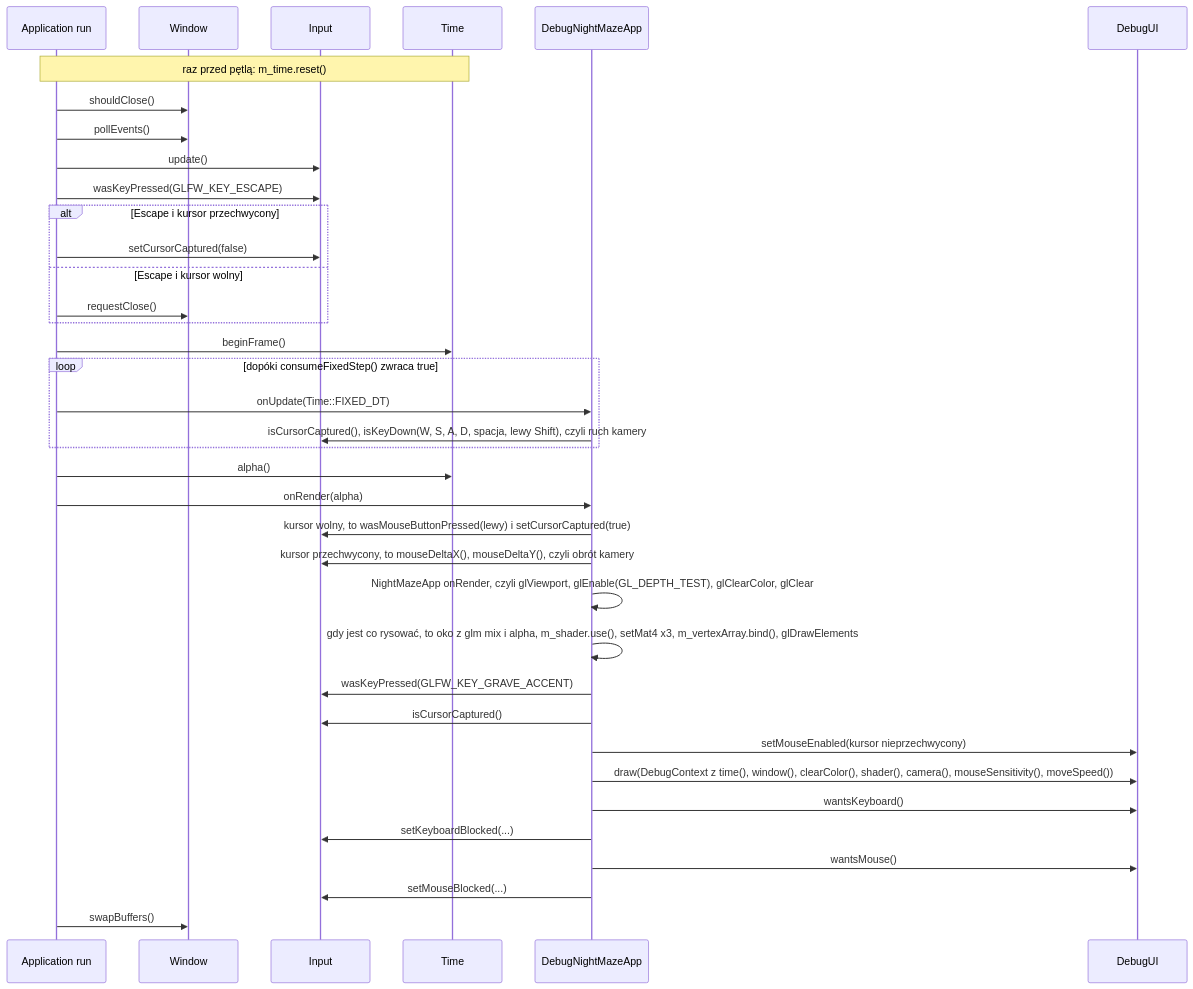
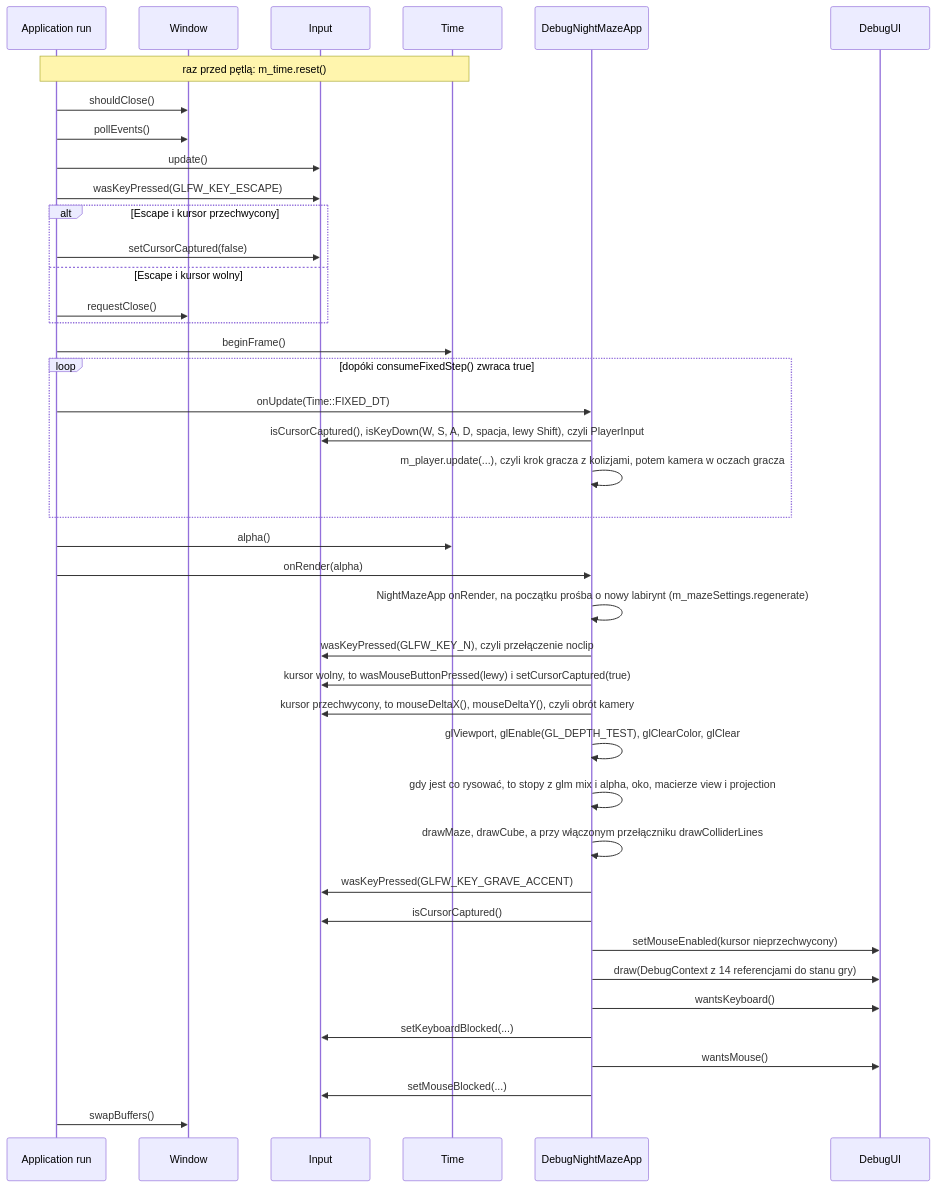
The second of 3 diagrams in docs/modules/core/README.md (Shironex/night-maze), drawn with Mermaid before and after one commit. The commit also changed other lines of this file and 41 other files, not shown here.

First line of the commit message:
feat(game): draw the textured maze and walk through it

````diff
--- a/docs/modules/core/README.md
+++ b/docs/modules/core/README.md
@@ -77,39 +83,43 @@
 ```mermaid
 sequenceDiagram
     participant Run as Application run
     participant Win as Window
     participant In as Input
     participant T as Time
     participant App as DebugNightMazeApp
     participant UI as DebugUI
     Note over Run,T: raz przed pętlą: m_time.reset()
     Run->>Win: shouldClose()
     Run->>Win: pollEvents()
     Run->>In: update()
     Run->>In: wasKeyPressed(GLFW_KEY_ESCAPE)
     alt Escape i kursor przechwycony
         Run->>In: setCursorCaptured(false)
     else Escape i kursor wolny
         Run->>Win: requestClose()
     end
     Run->>T: beginFrame()
     loop dopóki consumeFixedStep() zwraca true
         Run->>App: onUpdate(Time::FIXED_DT)
-        App->>In: isCursorCaptured(), isKeyDown(W, S, A, D, spacja, lewy Shift), czyli ruch kamery
+        App->>In: isCursorCaptured(), isKeyDown(W, S, A, D, spacja, lewy Shift), czyli PlayerInput
+        App->>App: m_player.update(...), czyli krok gracza z kolizjami, potem kamera w oczach gracza
     end
     Run->>T: alpha()
     Run->>App: onRender(alpha)
+    App->>App: NightMazeApp onRender, na początku prośba o nowy labirynt (m_mazeSettings.regenerate)
+    App->>In: wasKeyPressed(GLFW_KEY_N), czyli przełączenie noclip
     App->>In: kursor wolny, to wasMouseButtonPressed(lewy) i setCursorCaptured(true)
     App->>In: kursor przechwycony, to mouseDeltaX(), mouseDeltaY(), czyli obrót kamery
-    App->>App: NightMazeApp onRender, czyli glViewport, glEnable(GL_DEPTH_TEST), glClearColor, glClear
-    App->>App: gdy jest co rysować, to oko z glm mix i alpha, m_shader.use(), setMat4 x3, m_vertexArray.bind(), glDrawElements
+    App->>App: glViewport, glEnable(GL_DEPTH_TEST), glClearColor, glClear
+    App->>App: gdy jest co rysować, to stopy z glm mix i alpha, oko, macierze view i projection
+    App->>App: drawMaze, drawCube, a przy włączonym przełączniku drawColliderLines
     App->>In: wasKeyPressed(GLFW_KEY_GRAVE_ACCENT)
     App->>In: isCursorCaptured()
     App->>UI: setMouseEnabled(kursor nieprzechwycony)
-    App->>UI: draw(DebugContext z time(), window(), clearColor(), shader(), camera(), mouseSensitivity(), moveSpeed())
+    App->>UI: draw(DebugContext z 14 referencjami do stanu gry)
     App->>UI: wantsKeyboard()
     App->>In: setKeyboardBlocked(...)
     App->>UI: wantsMouse()
     App->>In: setMouseBlocked(...)
     Run->>Win: swapBuffers()
 ```
````
